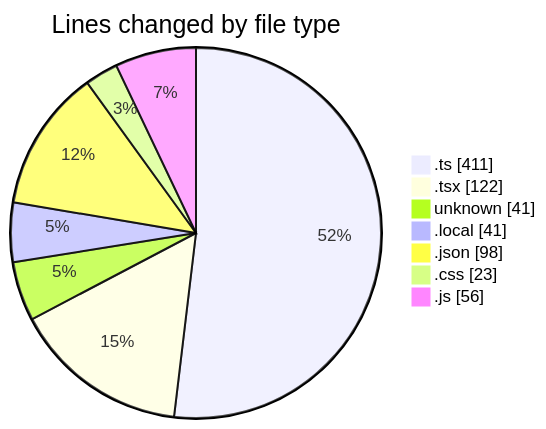
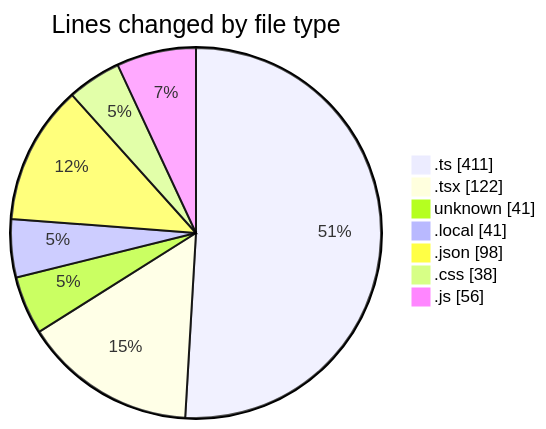
One commit to momahboobian/code-tracking changed the first of 2 diagrams in 2026-02-26/car_database/README.md. Above: the diagram before and after it, drawn with Mermaid. The commit also changed other lines of this file and 1 other file, not shown here.

````diff
--- a/2026-02-26/car_database/README.md
+++ b/2026-02-26/car_database/README.md
@@ -40,11 +41,11 @@
 ```mermaid
 pie showData
 title Lines changed by file type
 ".ts" : 411
 ".tsx" : 122
 "unknown" : 41
 ".local" : 41
 ".json" : 98
-".css" : 23
+".css" : 38
 ".js" : 56
 ```
````
